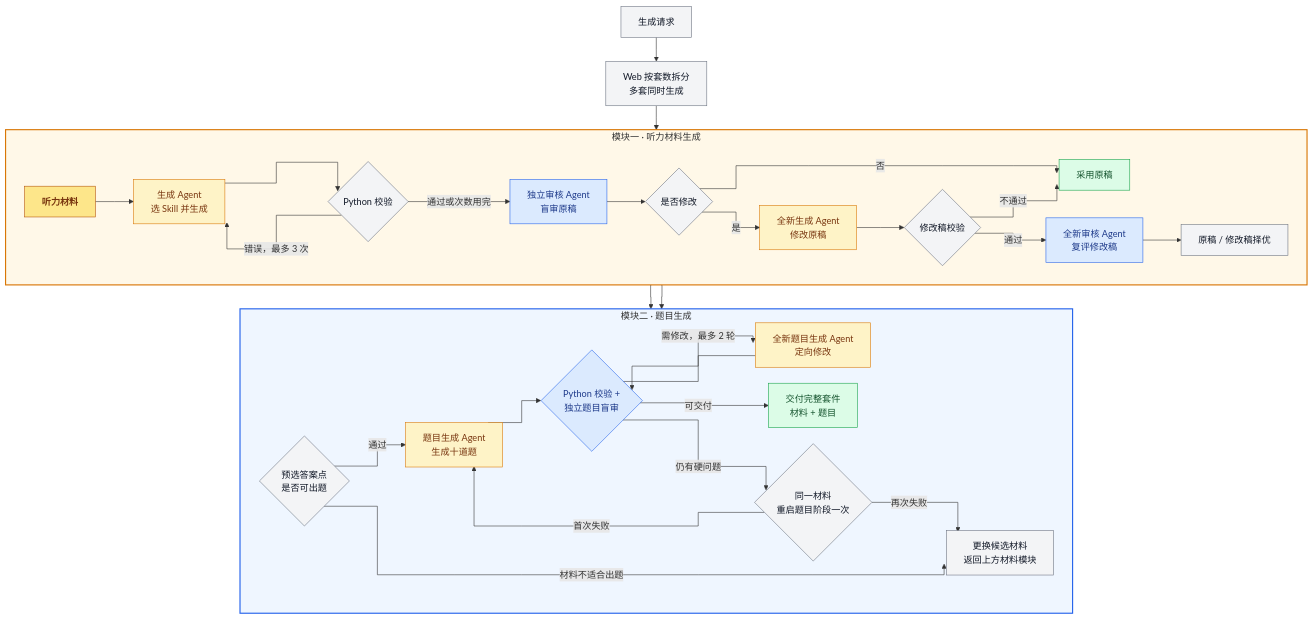
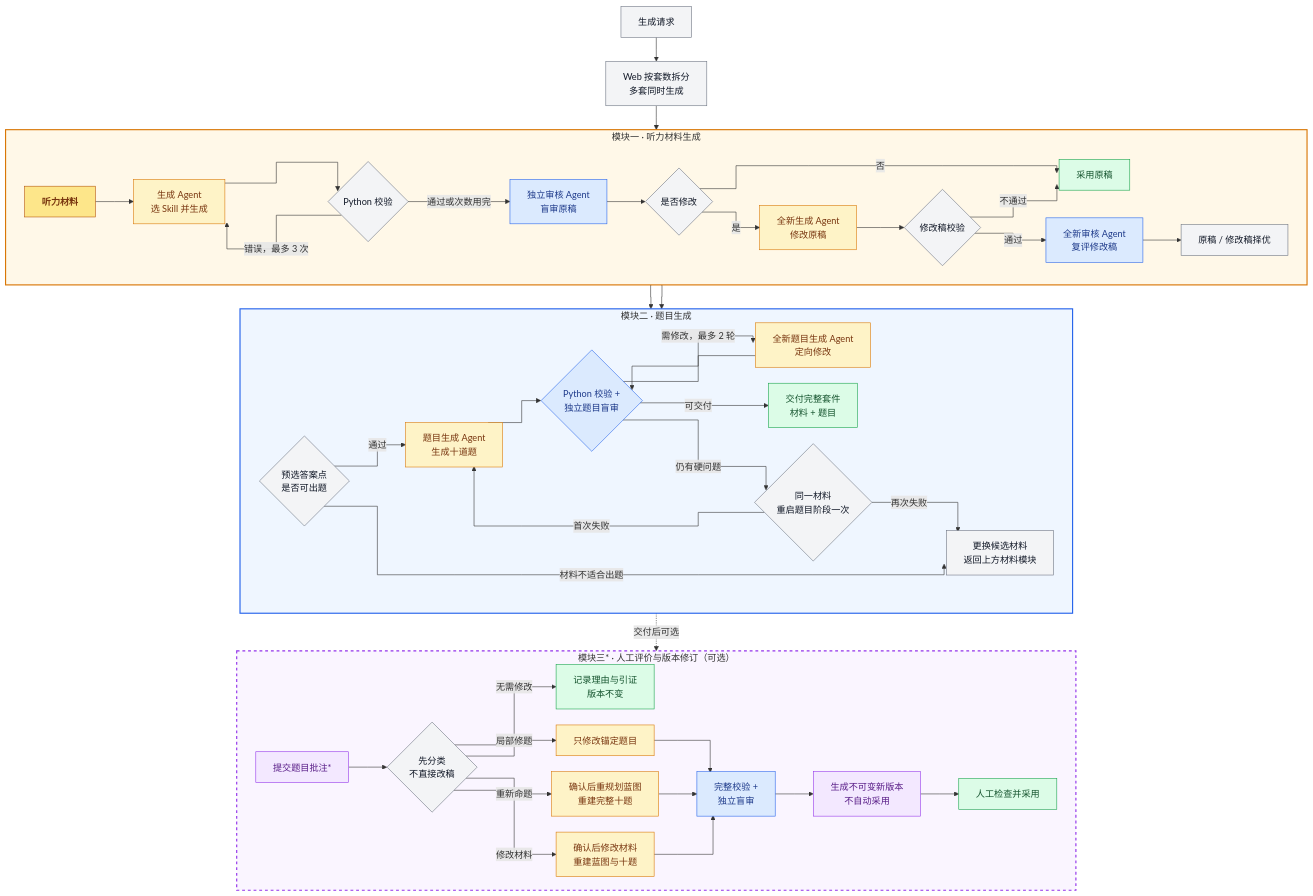
The second of 2 diagrams in README.md (wanglingxiao123/ielts-part1-generator), drawn with Mermaid before and after one commit. The commit also changed other lines of this file, not shown here.

Commit message:
docs: add optional revision module to flow

````diff
--- a/README.md
+++ b/README.md
@@ -206,51 +206,70 @@
 ```mermaid
 %%{init: {"flowchart": {"curve": "stepAfter", "nodeSpacing": 28, "rankSpacing": 42}}}%%
 flowchart TB
     Q["生成请求"] --> F["Web 按套数拆分<br/>多套同时生成"]
 
     subgraph MATERIAL["模块一 · 听力材料生成"]
         direction LR
         M["听力材料"] --> G["生成 Agent<br/>选 Skill 并生成"]
         G --> V{"Python 校验"}
         V -- "错误，最多 3 次" --> G
         V -- "通过或次数用完" --> A["独立审核 Agent<br/>盲审原稿"]
         A --> X{"是否修改"}
         X -- "否" --> O["采用原稿"]
         X -- "是" --> R["全新生成 Agent<br/>修改原稿"]
         R --> C{"修改稿校验"}
         C -- "不通过" --> O
         C -- "通过" --> E["全新审核 Agent<br/>复评修改稿"]
         E --> B["原稿 / 修改稿择优"]
     end
 
     F --> M
     O --> P
     B --> P
 
     subgraph QUESTIONS["模块二 · 题目生成"]
         direction LR
         P{"预选答案点<br/>是否可出题"}
         P -- "通过" --> T["题目生成 Agent<br/>生成十道题"]
         T --> H{"Python 校验 +<br/>独立题目盲审"}
         H -- "需修改，最多 2 轮" --> J["全新题目生成 Agent<br/>定向修改"]
         J --> H
         H -- "可交付" --> D["交付完整套件<br/>材料 + 题目"]
         H -- "仍有硬问题" --> K{"同一材料<br/>重启题目阶段一次"}
         K -- "首次失败" --> T
         K -- "再次失败" --> W["更换候选材料<br/>返回上方材料模块"]
         P -- "材料不适合出题" --> W
     end
 
+    D -. "交付后可选" .-> CM
+
+    subgraph REVISION["模块三* · 人工评价与版本修订（可选）"]
+        direction LR
+        CM["提交题目批注*"] --> CL{"先分类<br/>不直接改稿"}
+        CL -- "无需修改" --> NC["记录理由与引证<br/>版本不变"]
+        CL -- "局部修题" --> QR["只修改锚定题目"]
+        CL -- "重新命题" --> RP["确认后重规划蓝图<br/>重建完整十题"]
+        CL -- "修改材料" --> MR["确认后修改材料<br/>重建蓝图与十题"]
+        QR --> QA["完整校验 +<br/>独立盲审"]
+        RP --> QA
+        MR --> QA
+        QA --> NV["生成不可变新版本<br/>不自动采用"]
+        NV --> AD["人工检查并采用"]
+    end
+
     classDef ai fill:#fef3c7,stroke:#d97706,color:#78350f;
     classDef audit fill:#dbeafe,stroke:#2563eb,color:#1e3a8a;
     classDef code fill:#f3f4f6,stroke:#6b7280,color:#111827;
     classDef done fill:#dcfce7,stroke:#16a34a,color:#14532d;
+    classDef optional fill:#f3e8ff,stroke:#9333ea,color:#581c87;
     classDef moduleLabel fill:#fde68a,stroke:#b45309,color:#78350f,font-weight:bold;
     class M moduleLabel;
-    class G,R,T,J ai;
-    class A,E,H audit;
-    class Q,F,V,X,C,B,P,K,W code;
-    class O,D done;
+    class G,R,T,J,QR,RP,MR ai;
+    class A,E,H,QA audit;
+    class Q,F,V,X,C,B,P,K,W,CL code;
+    class CM,NV optional;
+    class O,D,NC,AD done;
     style MATERIAL fill:#fff8e8,stroke:#d97706,stroke-width:2px;
     style QUESTIONS fill:#eff6ff,stroke:#2563eb,stroke-width:2px;
+    style REVISION fill:#faf5ff,stroke:#9333ea,stroke-width:2px,stroke-dasharray:5 5;
 ```
````
